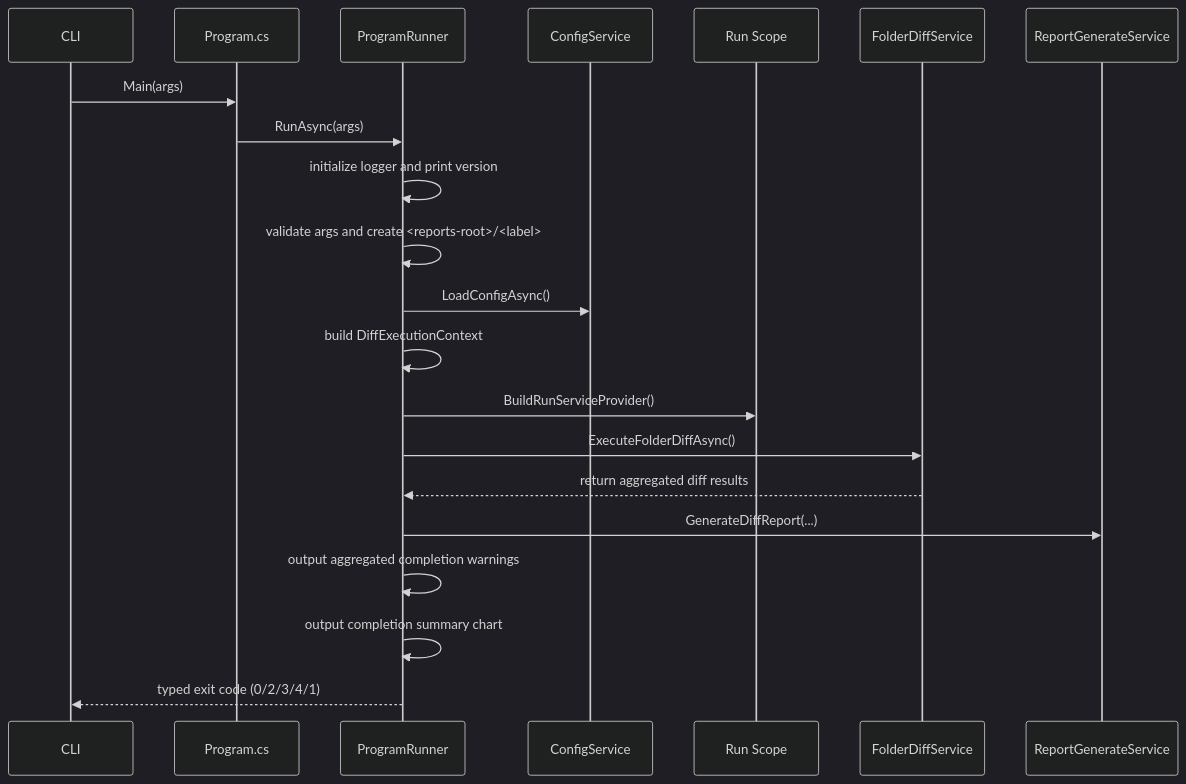
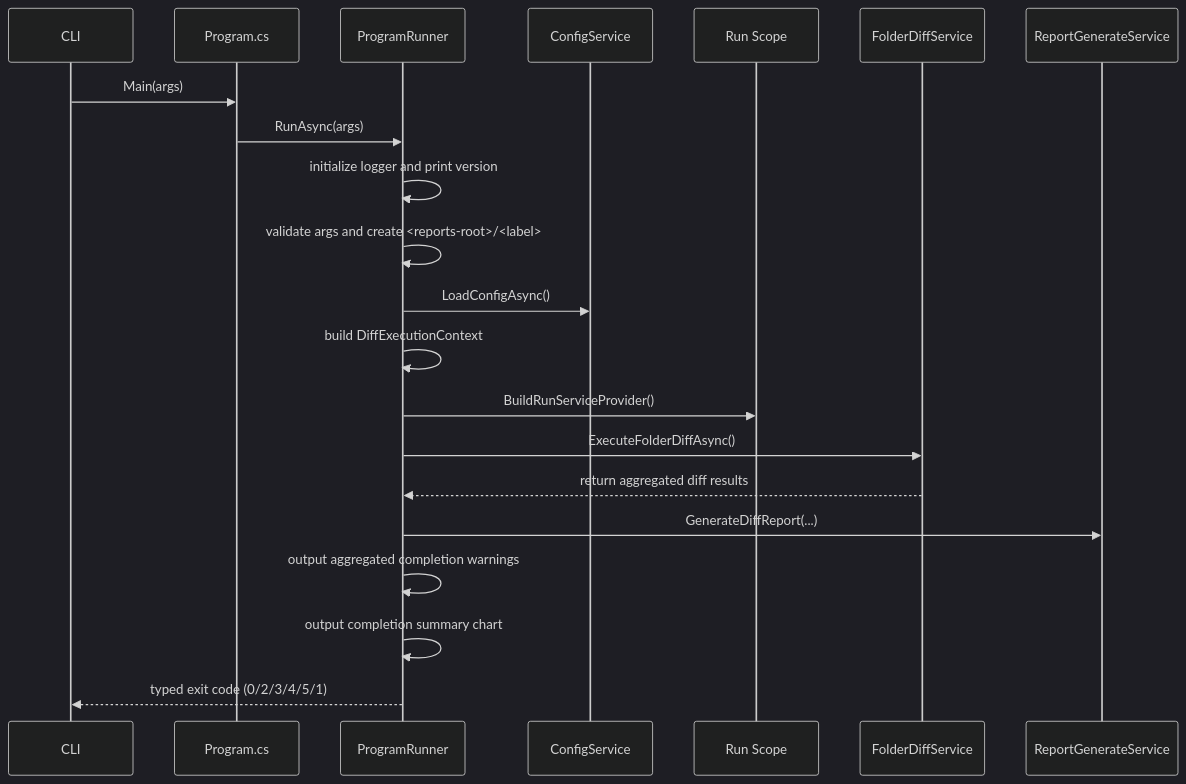
Before and after one commit to Widthdom/FolderDiffIL4DotNet: the third of 12 diagrams in doc/DEVELOPER_GUIDE.md, drawn with Mermaid (dark theme). The commit also changed other lines of this file and 13 other files, not shown here.

````diff
--- a/doc/DEVELOPER_GUIDE.md
+++ b/doc/DEVELOPER_GUIDE.md
@@ -332,24 +332,24 @@
 ```mermaid
 sequenceDiagram
     participant CLI as CLI
     participant Program as Program.cs
     participant Runner as ProgramRunner
     participant Config as ConfigService
     participant Scope as Run Scope
     participant Diff as FolderDiffService
     participant Report as ReportGenerateService
 
     CLI->>Program: Main(args)
     Program->>Runner: RunAsync(args)
     Runner->>Runner: initialize logger and print version
     Runner->>Runner: validate args and create <reports-root>/<label>
     Runner->>Config: LoadConfigAsync()
     Runner->>Runner: build DiffExecutionContext
     Runner->>Scope: BuildRunServiceProvider()
     Runner->>Diff: ExecuteFolderDiffAsync()
     Diff-->>Runner: return aggregated diff results
     Runner->>Report: GenerateDiffReport(...)
     Runner->>Runner: output aggregated completion warnings
     Runner->>Runner: output completion summary chart
-    Runner-->>CLI: typed exit code (0/2/3/4/1)
+    Runner-->>CLI: typed exit code (0/2/3/4/5/1)
 ```
````
